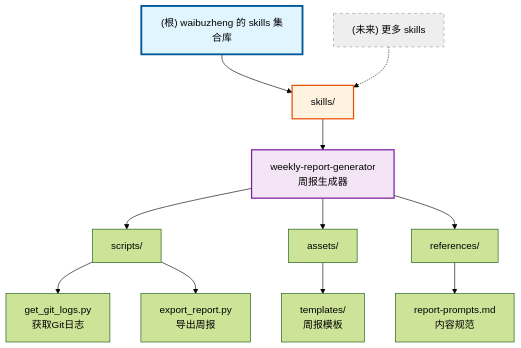
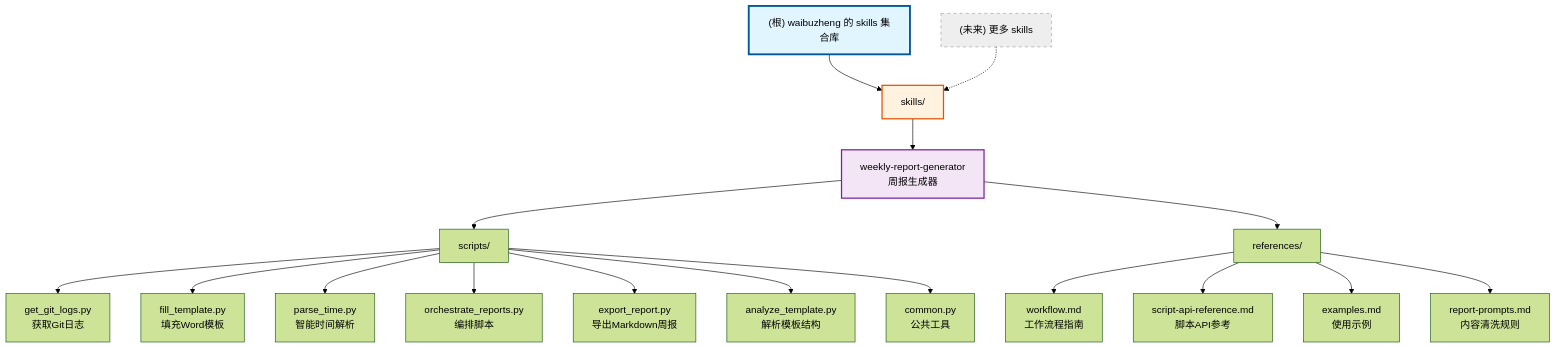
One commit to 782042369/waibuzheng-skills changed the diagram in CLAUDE.md. Above: the diagram before and after it, drawn with Mermaid (forest theme). The commit also changed other lines of this file and 20 other files, not shown here.

First line of the commit message:
♻️ refactor(weekly-report): 重构周报生成器文档和脚本架构

````diff
--- a/CLAUDE.md
+++ b/CLAUDE.md
@@ -24,26 +24,32 @@
 ```mermaid
 graph TD
     A["(根) waibuzheng 的 skills 集合库"] --> B["skills/"];
     B --> C["weekly-report-generator<br/>周报生成器"];
 
     C --> D["scripts/"];
-    C --> E["assets/"];
     C --> F["references/"];
 
     D --> D1["get_git_logs.py<br/>获取Git日志"];
-    D --> D2["export_report.py<br/>导出周报"];
-    E --> E1["templates/<br/>周报模板"];
-    F --> F1["report-prompts.md<br/>内容规范"];
+    D --> D2["fill_template.py<br/>填充Word模板"];
+    D --> D3["parse_time.py<br/>智能时间解析"];
+    D --> D4["orchestrate_reports.py<br/>编排脚本"];
+    D --> D5["export_report.py<br/>导出Markdown周报"];
+    D --> D6["analyze_template.py<br/>解析模板结构"];
+    D --> D7["common.py<br/>公共工具"];
+
+    F --> F1["workflow.md<br/>工作流程指南"];
+    F --> F2["script-api-reference.md<br/>脚本API参考"];
+    F --> F3["examples.md<br/>使用示例"];
+    F --> F4["report-prompts.md<br/>内容清洗规则"];
 
     G["(未来) 更多 skills"] -.-> B;
 
     click C "./skills/weekly-report-generator/CLAUDE.md" "查看周报生成器文档"
     click D "./skills/weekly-report-generator/scripts/" "查看脚本"
-    click E "./skills/weekly-report-generator/assets/" "查看资源"
     click F "./skills/weekly-report-generator/references/" "查看参考文档"
 
     style A fill:#e1f5ff,stroke:#01579b,stroke-width:3px
     style B fill:#fff3e0,stroke:#e65100,stroke-width:2px
     style C fill:#f3e5f5,stroke:#7b1fa2,stroke-width:2px
     style G fill:#eeeeee,stroke:#9e9e9e,stroke-dasharray: 5 5
 ```
````
